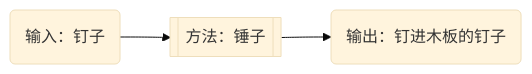
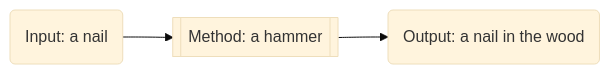
One commit to Dreamwalkor/little-book-of-ai changed the second of 5 diagrams in en/04.md. Above: the diagram before and after it, drawn with Mermaid (base theme). The commit also changed other lines of this file and 27 other files, not shown here.

````diff
--- a/en/04.md
+++ b/en/04.md
@@ -46,4 +44,4 @@
 ```mermaid
 flowchart LR
-input(输入：钉子) --> method[[方法：锤子]] --> output(输出：钉进木板的钉子)
+input(Input: a nail) --> method[[Method: a hammer]] --> output(Output: a nail in the wood)
 ```
````
